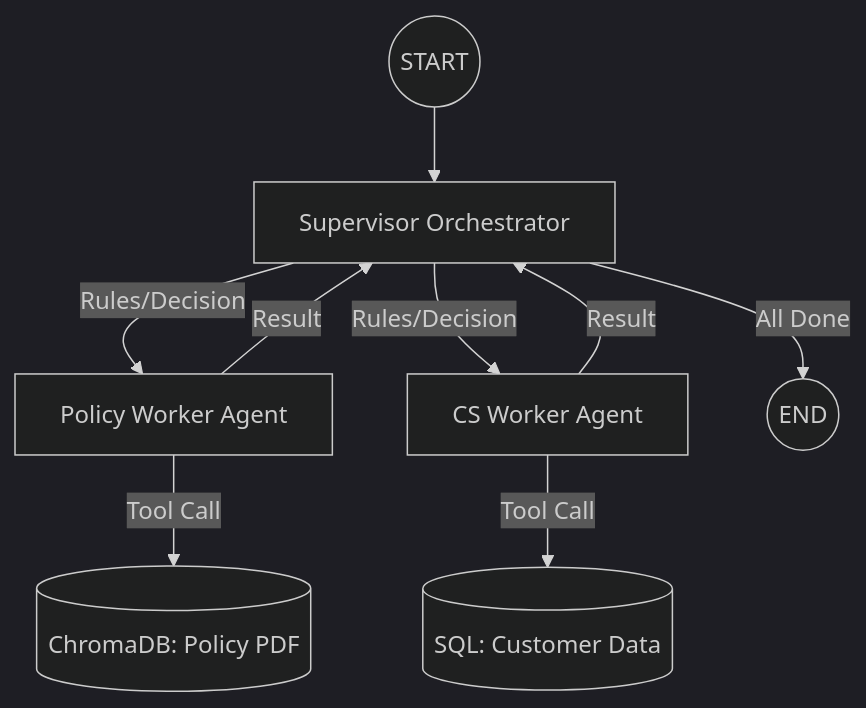
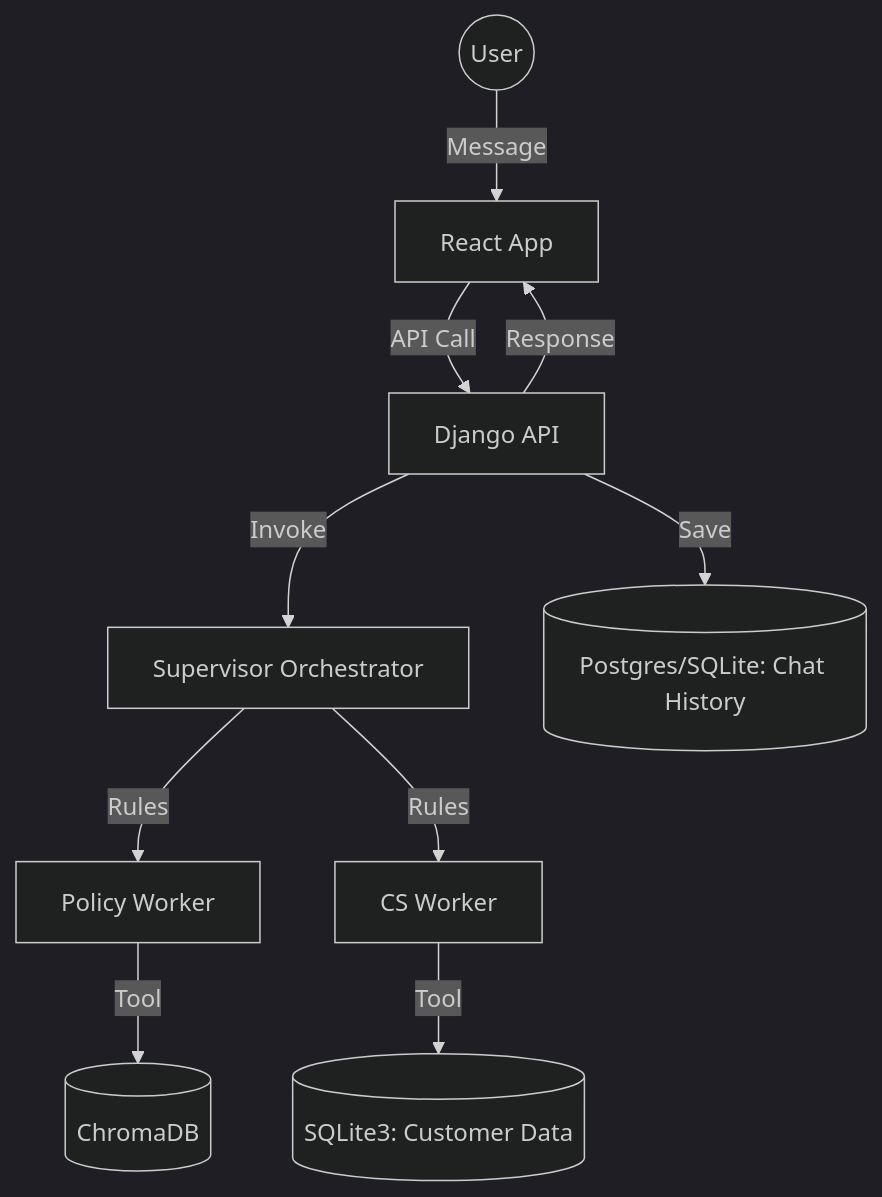
Before and after one commit to s29zafar/TCS_test: the diagram in README.md, drawn with Mermaid (dark theme). The commit also changed other lines of this file, not shown here.

````diff
--- a/README.md
+++ b/README.md
@@ -25,11 +22,12 @@
 ```mermaid
 graph TD
-    START((START)) --> Supervisor[Supervisor Orchestrator]
-    Supervisor -->|Rules/Decision| PolicyAgent[Policy Worker Agent]
-    PolicyAgent -->|Tool Call| RAG[(ChromaDB: Policy PDF)]
-    PolicyAgent -->|Result| Supervisor
-    Supervisor -->|Rules/Decision| CSAgent[CS Worker Agent]
-    CSAgent -->|Tool Call| DB[(SQL: Customer Data)]
-    CSAgent -->|Result| Supervisor
-    Supervisor -->|All Done| END((END))
+    User((User)) -->|Message| Frontend[React App]
+    Frontend -->|API Call| Backend[Django API]
+    Backend -->|Invoke| supervisor_node[Supervisor Orchestrator]
+    supervisor_node -->|Rules| PolicyAgent[Policy Worker]
+    PolicyAgent -->|Tool| Chroma[(ChromaDB)]
+    supervisor_node -->|Rules| CSAgent[CS Worker]
+    CSAgent -->|Tool| SQLite[(SQLite3: Customer Data)]
+    Backend -->|Save| History[(Postgres/SQLite: Chat History)]
+    Backend -->|Response| Frontend
 ```
````
